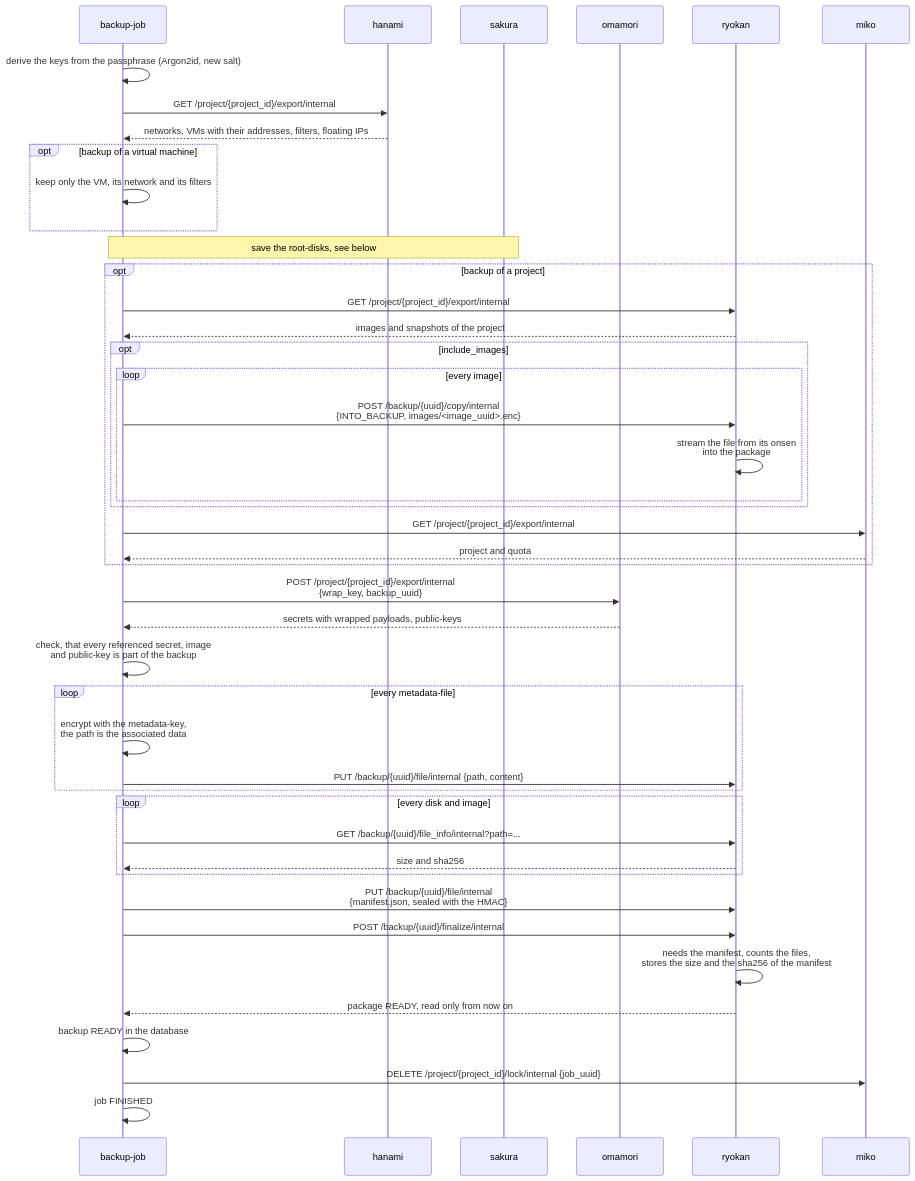
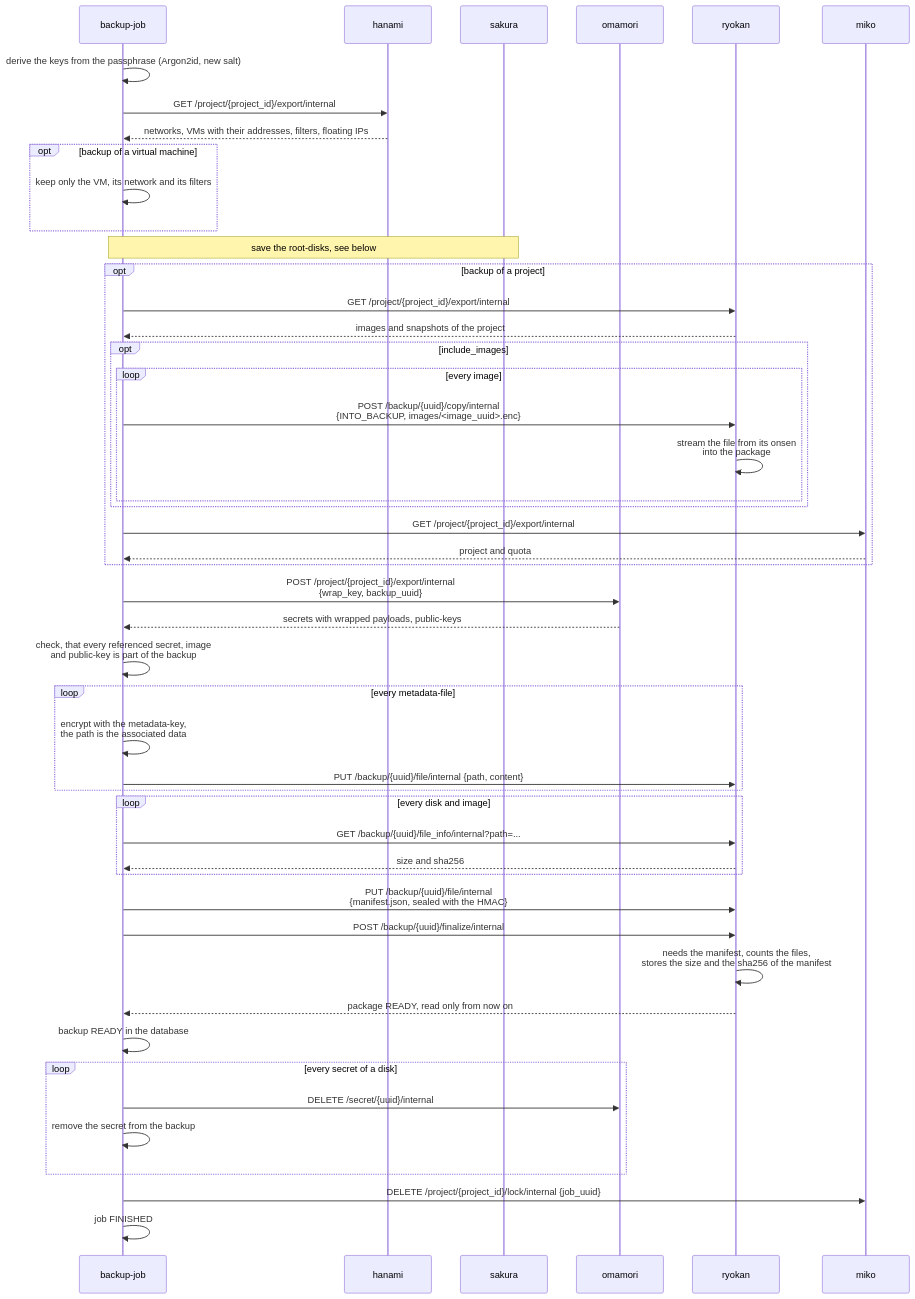
Before and after one commit to kitsudaiki/ainari: the fourth of 6 diagrams in docs/developer/sequence_diagrams/backup_create.md, drawn with Mermaid. The commit also changed other lines of this file and 6 other files, not shown here.

````diff
--- a/docs/developer/sequence_diagrams/backup_create.md
+++ b/docs/developer/sequence_diagrams/backup_create.md
@@ -139,47 +140,51 @@
 ```mermaid
 sequenceDiagram
     participant J as backup-job
     participant H as hanami
     participant S as sakura
     participant O as omamori
     participant R as ryokan
     participant M as miko
 
     J->>J: derive the keys from the passphrase (Argon2id, new salt)
     J->>H: GET /project/{project_id}/export/internal
     H-->>J: networks, VMs with their addresses, filters, floating IPs
     opt backup of a virtual machine
         J->>J: keep only the VM, its network and its filters
     end
     Note over J,S: save the root-disks, see below
     opt backup of a project
         J->>R: GET /project/{project_id}/export/internal
         R-->>J: images and snapshots of the project
         opt include_images
             loop every image
                 J->>R: POST /backup/{uuid}/copy/internal<br/>{INTO_BACKUP, images/<image_uuid>.enc}
                 R->>R: stream the file from its onsen<br/>into the package
             end
         end
         J->>M: GET /project/{project_id}/export/internal
         M-->>J: project and quota
     end
     J->>O: POST /project/{project_id}/export/internal<br/>{wrap_key, backup_uuid}
     O-->>J: secrets with wrapped payloads, public-keys
     J->>J: check, that every referenced secret, image<br/>and public-key is part of the backup
     loop every metadata-file
         J->>J: encrypt with the metadata-key,<br/>the path is the associated data
         J->>R: PUT /backup/{uuid}/file/internal {path, content}
     end
     loop every disk and image
         J->>R: GET /backup/{uuid}/file_info/internal?path=...
         R-->>J: size and sha256
     end
     J->>R: PUT /backup/{uuid}/file/internal<br/>{manifest.json, sealed with the HMAC}
     J->>R: POST /backup/{uuid}/finalize/internal
     R->>R: needs the manifest, counts the files,<br/>stores the size and the sha256 of the manifest
     R-->>J: package READY, read only from now on
     J->>J: backup READY in the database
+    loop every secret of a disk
+        J->>O: DELETE /secret/{uuid}/internal
+        J->>J: remove the secret from the backup
+    end
     J->>M: DELETE /project/{project_id}/lock/internal {job_uuid}
     J->>J: job FINISHED
 ```
````
